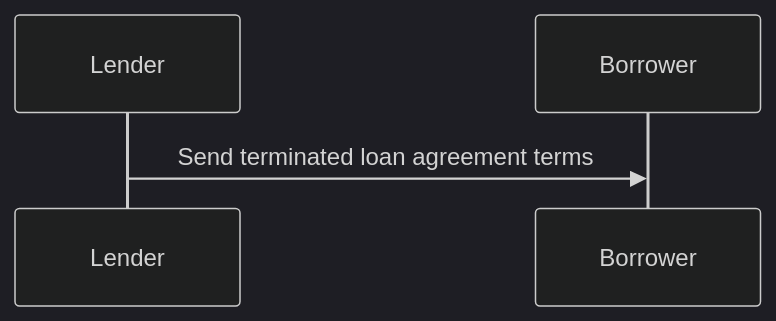
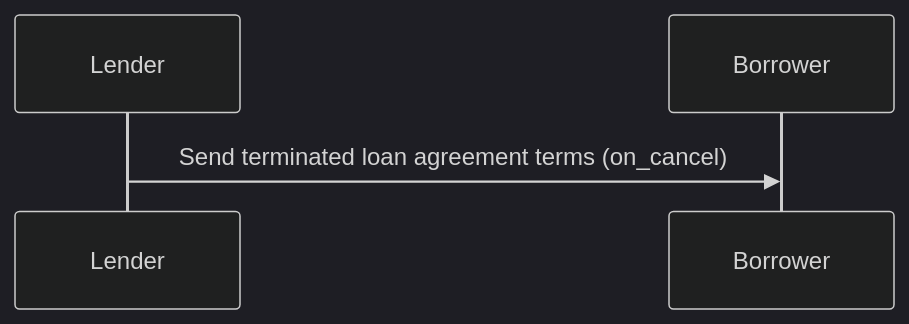
Before and after one commit to beckn/financial-services: the seventh of 11 diagrams in docs/Generic-Credit-Application-Workflow.md, drawn with Mermaid (dark theme). The commit also changed other lines of this file, not shown here.

````diff
--- a/docs/Generic-Credit-Application-Workflow.md
+++ b/docs/Generic-Credit-Application-Workflow.md
@@ -149,4 +193,4 @@
 ```mermaid
     sequenceDiagram
-    Lender->>Borrower: Send terminated loan agreement terms
+    Lender->>Borrower: Send terminated loan agreement terms (on_cancel)
 ```
````
